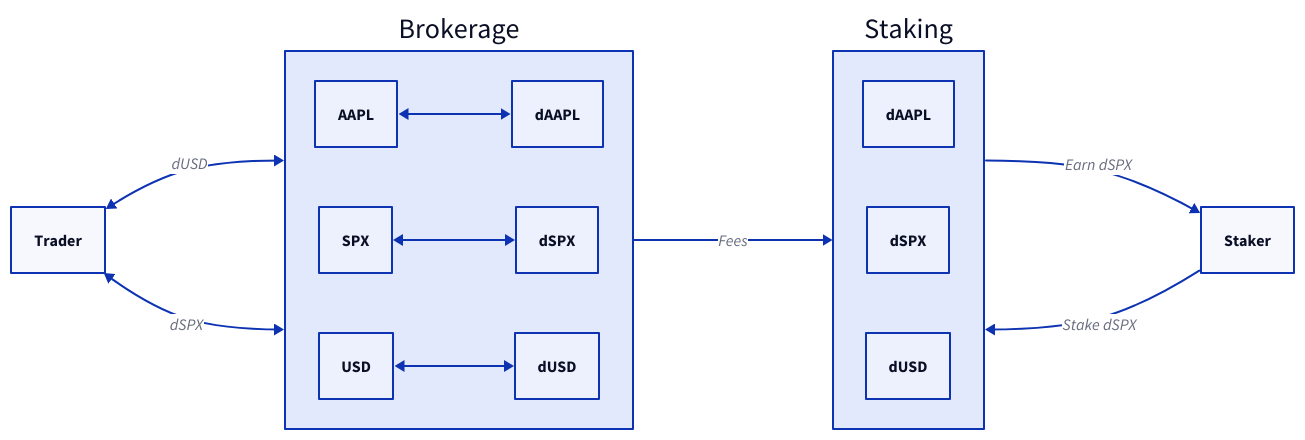
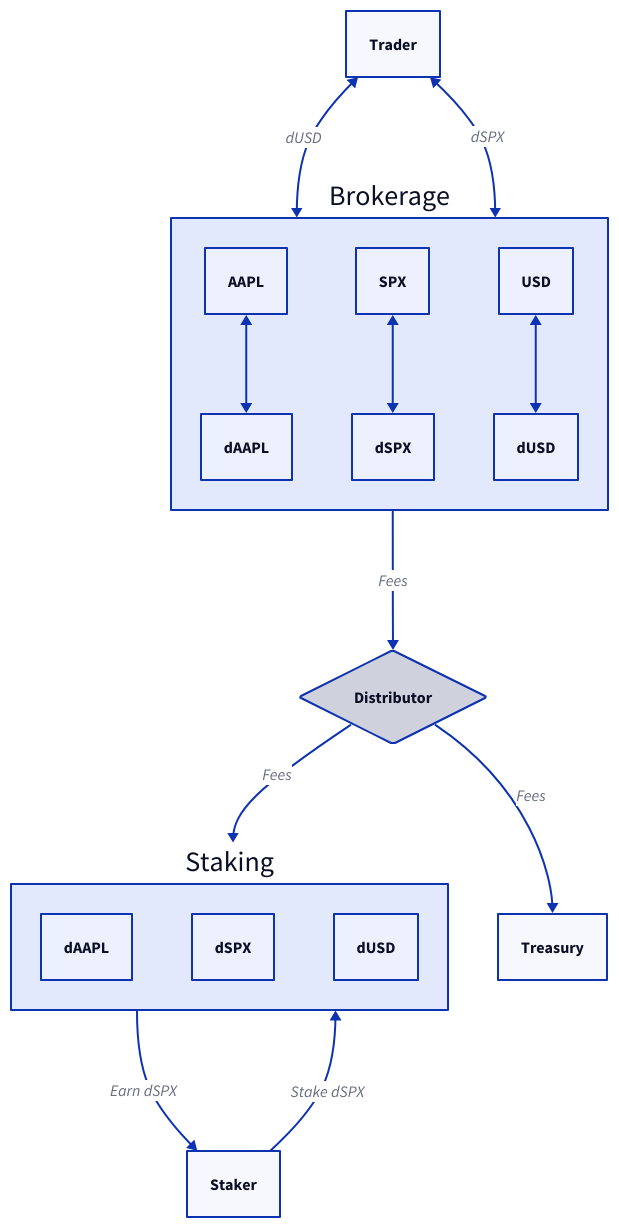
The diagram in asset-staking.d2 (dinaricrypto/sbt-contracts), drawn with D2 before and after one commit.

```diff
--- a/asset-staking.d2
+++ b/asset-staking.d2
@@ -1,29 +1,32 @@
-direction: right
-
 Brokerage: {
   AAPL
   dAAPL
   SPX
   dSPX
   USD
   dUSD
 }
 Staking: {
   dAAPL
   dSPX
   dUSD
 }
 Staker
 Trader
+Distributor
+Distributor.shape: diamond
+Treasury
 
 Brokerage.AAPL <-> Brokerage.dAAPL
 Brokerage.SPX <-> Brokerage.dSPX
 Brokerage.USD <-> Brokerage.dUSD
 
-Brokerage -> Staking: Fees
+Brokerage -> Distributor: Fees
+Distributor -> Staking: Fees
+Distributor -> Treasury: Fees
 
 Staker -> Staking: Stake dSPX
 Staking -> Staker: Earn dSPX
 
 Trader <-> Brokerage: dUSD
 Trader <-> Brokerage: dSPX
```
